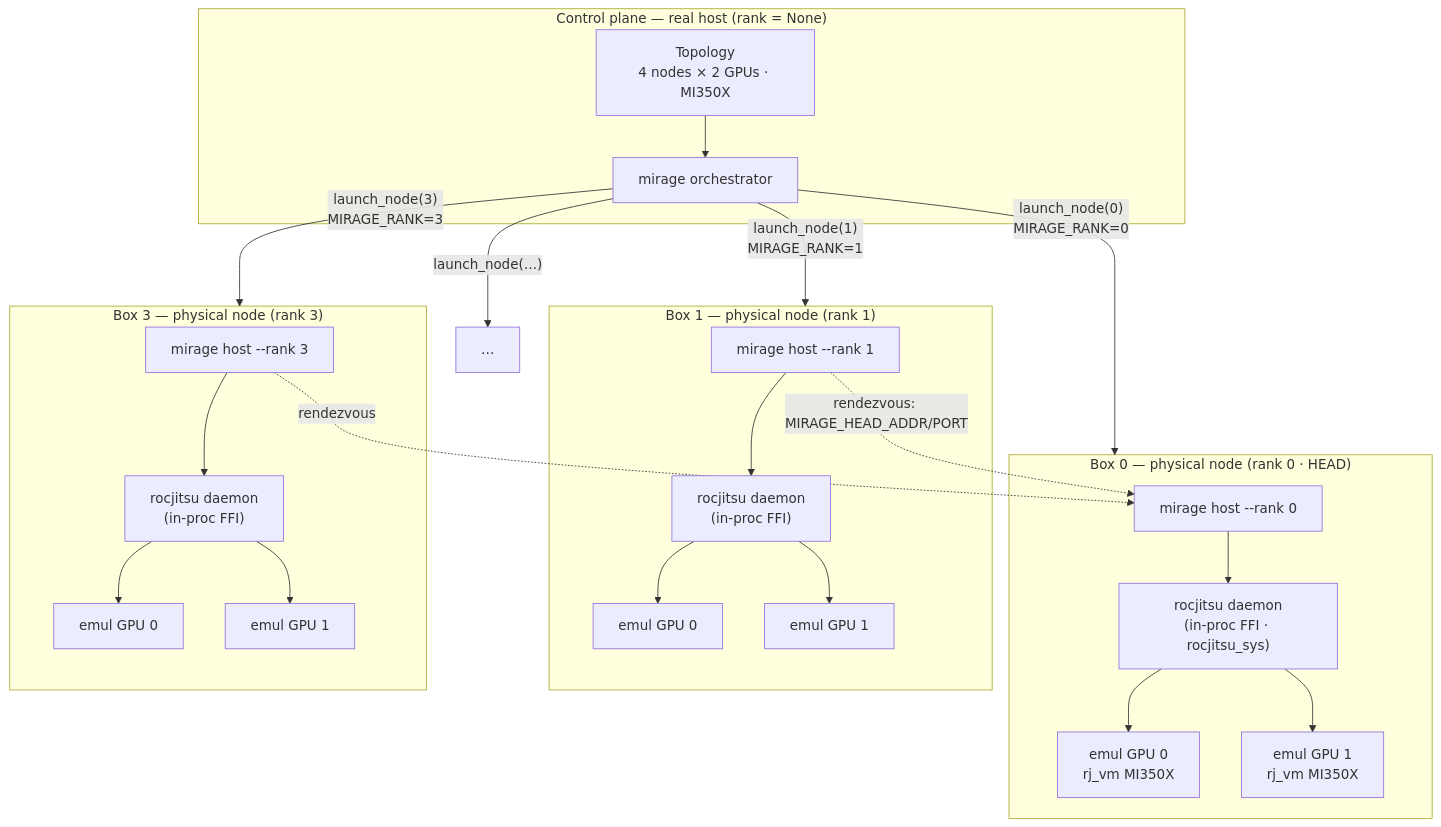
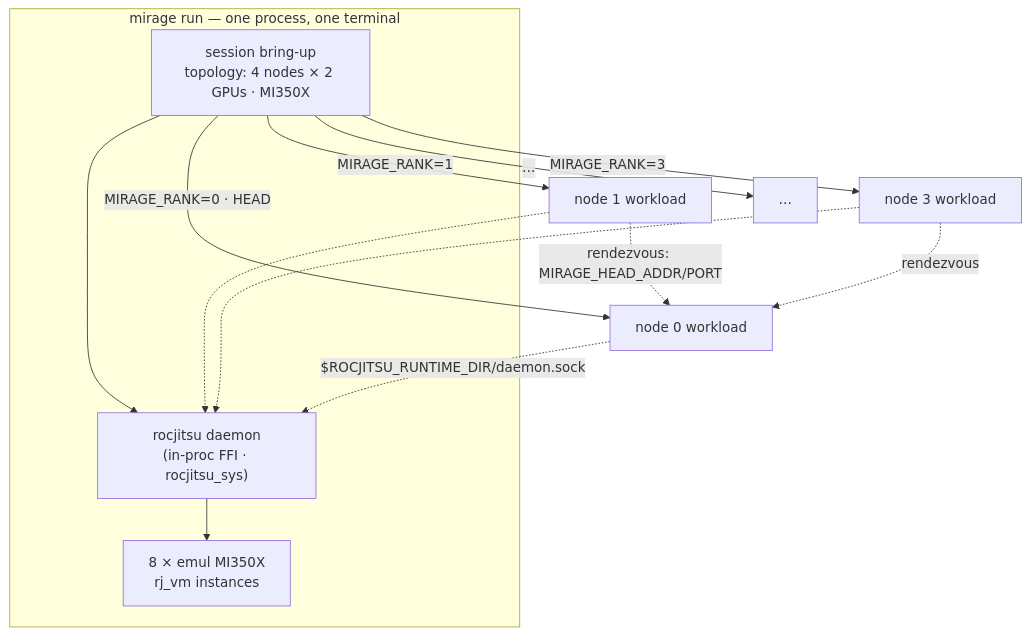
One commit to ROCm/rocm-systems changed the ninth of 14 diagrams in emulation/mirage/docs/demo-debugging-at-scale.md. Above: the diagram before and after it, drawn with Mermaid. The commit also changed other lines of this file and 148 other files, not shown here.

````diff
--- a/emulation/mirage/docs/demo-debugging-at-scale.md
+++ b/emulation/mirage/docs/demo-debugging-at-scale.md
@@ -299,32 +314,20 @@
 ```mermaid
 flowchart TB
-    subgraph plane["Control plane — real host (rank = None)"]
-      TOPO["Topology<br/>4 nodes × 2 GPUs · MI350X"]
-      ORCH["mirage orchestrator"]
-      TOPO --> ORCH
+    subgraph proc["mirage run — one process, one terminal"]
+      SESS["session bring-up<br/>topology: 4 nodes × 2 GPUs · MI350X"]
+      DAEM["rocjitsu daemon<br/>(in-proc FFI · rocjitsu_sys)"]
+      SESS --> DAEM
+      DAEM --> GPUS["8 × emul MI350X<br/>rj_vm instances"]
     end
 
-    ORCH -->|"launch_node(0)<br/>MIRAGE_RANK=0"| B0
-    ORCH -->|"launch_node(1)<br/>MIRAGE_RANK=1"| B1
-    ORCH -->|"launch_node(…)"| BE["…"]
-    ORCH -->|"launch_node(3)<br/>MIRAGE_RANK=3"| B3
+    SESS -->|"MIRAGE_RANK=0 · HEAD"| N0["node 0 workload"]
+    SESS -->|"MIRAGE_RANK=1"| N1["node 1 workload"]
+    SESS -->|"…"| NE["…"]
+    SESS -->|"MIRAGE_RANK=3"| N3["node 3 workload"]
 
-    subgraph B0["Box 0 — physical node (rank 0 · HEAD)"]
-      H0["mirage host --rank 0"] --> D0["rocjitsu daemon<br/>(in-proc FFI · rocjitsu_sys)"]
-      D0 --> G00["emul GPU 0<br/>rj_vm MI350X"]
-      D0 --> G01["emul GPU 1<br/>rj_vm MI350X"]
-    end
-    subgraph B1["Box 1 — physical node (rank 1)"]
-      H1["mirage host --rank 1"] --> D1["rocjitsu daemon<br/>(in-proc FFI)"]
-      D1 --> G10["emul GPU 0"]
-      D1 --> G11["emul GPU 1"]
-    end
-    subgraph B3["Box 3 — physical node (rank 3)"]
-      H3["mirage host --rank 3"] --> D3["rocjitsu daemon<br/>(in-proc FFI)"]
-      D3 --> G30["emul GPU 0"]
-      D3 --> G31["emul GPU 1"]
-    end
-
-    H1 -. "rendezvous: MIRAGE_HEAD_ADDR/PORT" .-> H0
-    H3 -. rendezvous .-> H0
+    N0 -.->|"$ROCJITSU_RUNTIME_DIR/daemon.sock"| DAEM
+    N1 -.-> DAEM
+    N3 -.-> DAEM
+    N1 -. "rendezvous: MIRAGE_HEAD_ADDR/PORT" .-> N0
+    N3 -. rendezvous .-> N0
 ```
````
